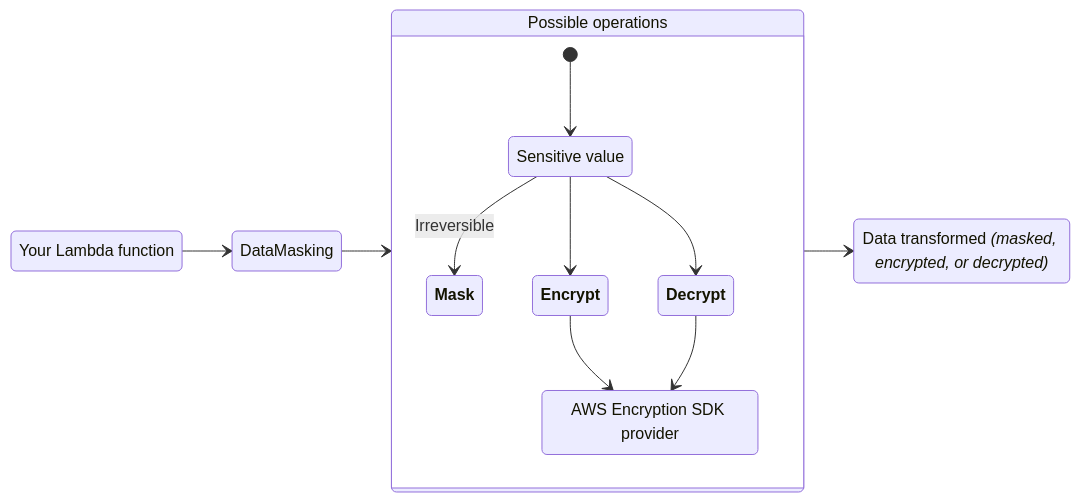
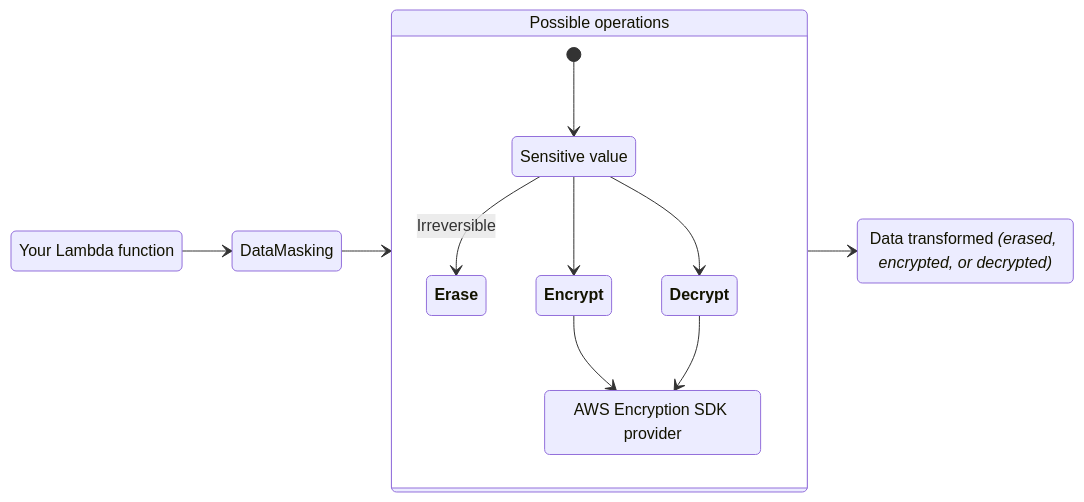
One commit to aws-powertools/powertools-lambda-python changed the first of 6 diagrams in docs/utilities/data_masking.md. Above: the diagram before and after it, drawn with Mermaid. The commit also changed other lines of this file and 7 other files, not shown here.

Commit message:
Changing mask to erase in docs, comments, etc

````diff
--- a/docs/utilities/data_masking.md
+++ b/docs/utilities/data_masking.md
@@ -10,27 +10,27 @@
 ```mermaid
 stateDiagram-v2
     direction LR
     LambdaFn: Your Lambda function
     DataMasking: DataMasking
     Operation: Possible operations
     Input: Sensitive value
-    Mask: <strong>Mask</strong>
+    Erase: <strong>Erase</strong>
     Encrypt: <strong>Encrypt</strong>
     Decrypt: <strong>Decrypt</strong>
     Provider: AWS Encryption SDK provider
-    Result: Data transformed <i>(masked, encrypted, or decrypted)</i>
+    Result: Data transformed <i>(erased, encrypted, or decrypted)</i>
 
     LambdaFn --> DataMasking
     DataMasking --> Operation
 
     state Operation {
         [*] --> Input
-        Input --> Mask: Irreversible
+        Input --> Erase: Irreversible
         Input --> Encrypt
         Input --> Decrypt
         Encrypt --> Provider
         Decrypt --> Provider
     }
 
     Operation --> Result
 ```
````
